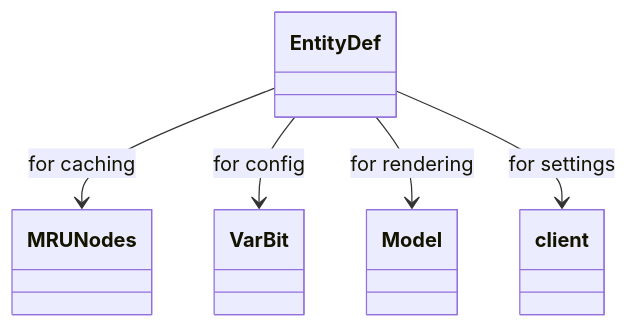
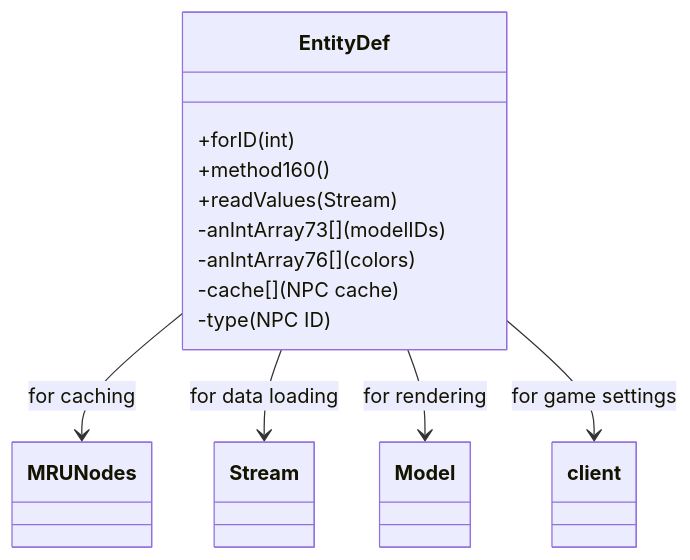
Before and after one commit to daxxog/solmud: the diagram in bytecode/mapping/evidence/verified/EntityDef_CKDEJADD.md, drawn with Mermaid. The commit also changed other lines of this file and 27 other files, not shown here.

````diff
--- a/bytecode/mapping/evidence/verified/EntityDef_CKDEJADD.md
+++ b/bytecode/mapping/evidence/verified/EntityDef_CKDEJADD.md
@@ -15,7 +16,14 @@
 ```mermaid
 classDiagram
     EntityDef --> MRUNodes : for caching
-    EntityDef --> VarBit : for config
+    EntityDef --> Stream : for data loading
     EntityDef --> Model : for rendering
-    EntityDef --> client : for settings
+    EntityDef --> client : for game settings
+    EntityDef : +forID(int)
+    EntityDef : +method160()
+    EntityDef : +readValues(Stream)
+    EntityDef : -anIntArray73[] (modelIDs)
+    EntityDef : -anIntArray76[] (colors)
+    EntityDef : -cache[] (NPC cache)
+    EntityDef : -type (NPC ID)
 ```
````
